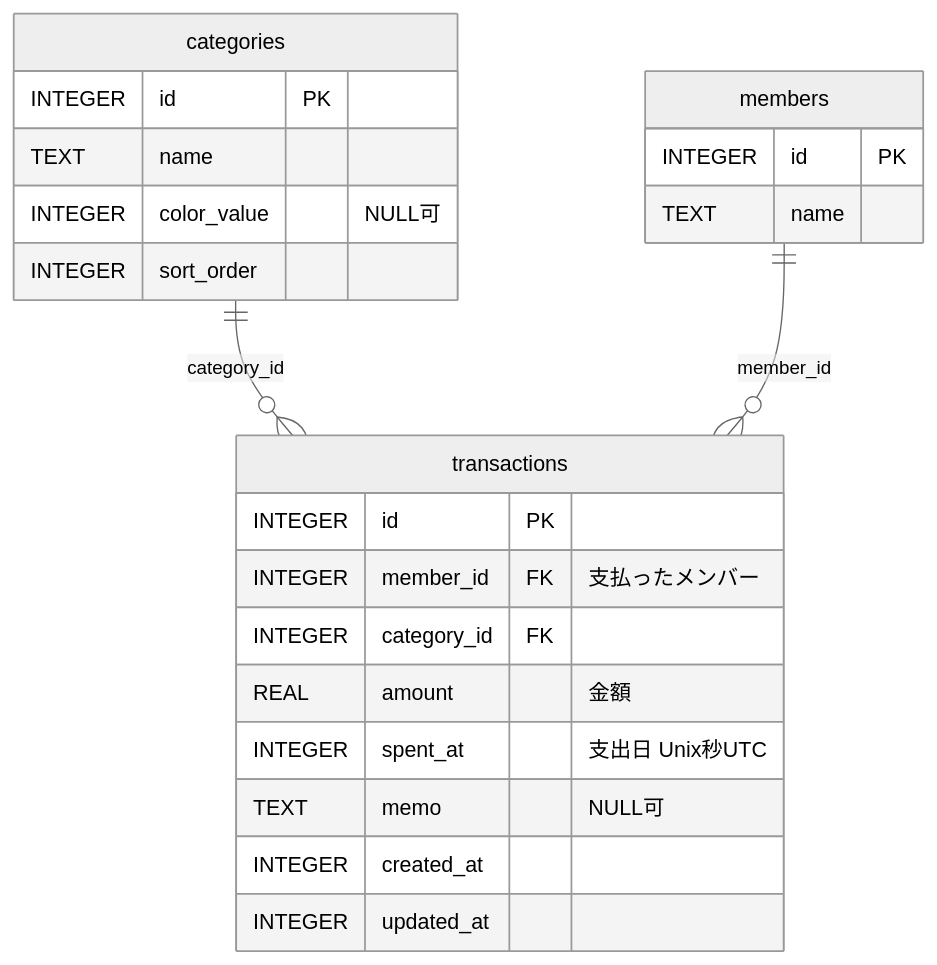
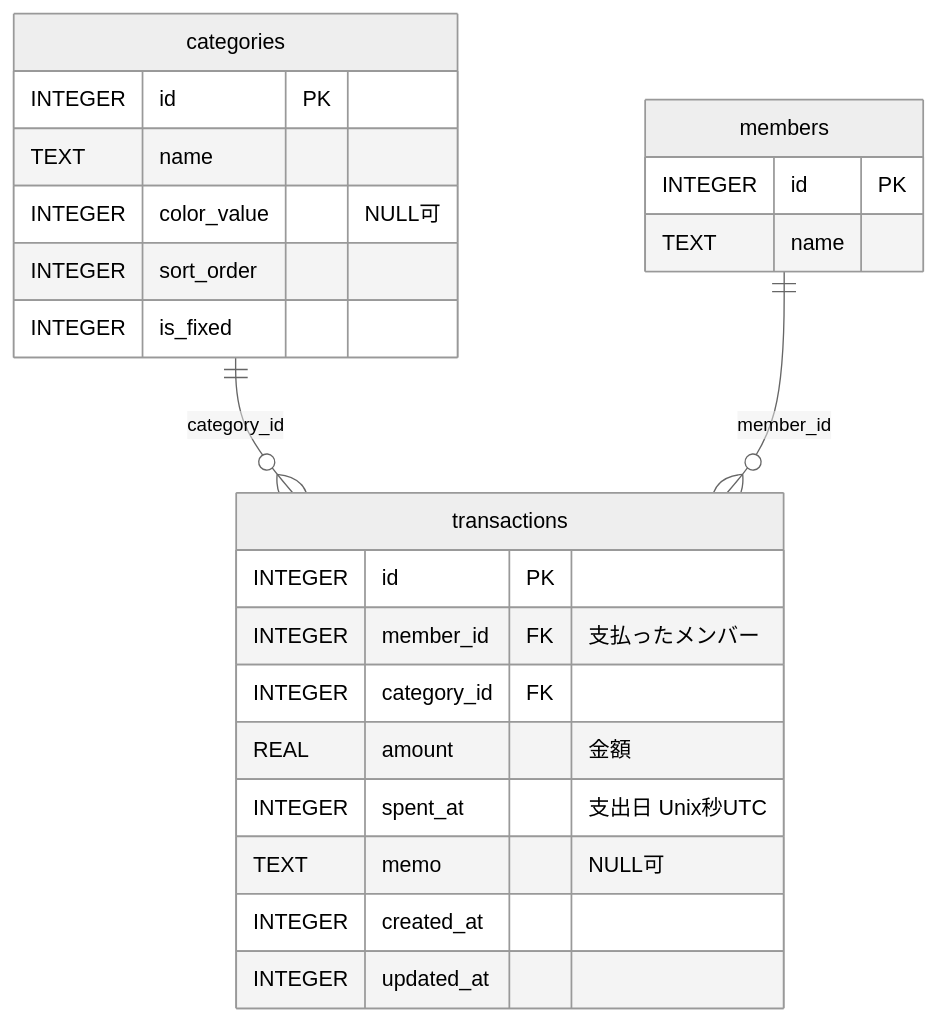
The diagram in docs/db-schema.md (t1a2i3t4i5/LedgerCore), drawn with Mermaid (neutral theme) before and after one commit. The commit also changed other lines of this file and 19 other files, not shown here.

````diff
--- a/docs/db-schema.md
+++ b/docs/db-schema.md
@@ -18,28 +18,29 @@
 ```mermaid
 erDiagram
     categories ||--o{ transactions : "category_id"
     members    ||--o{ transactions : "member_id"
 
     categories {
         INTEGER id PK
         TEXT name
         INTEGER color_value "NULL可"
         INTEGER sort_order
+        INTEGER is_fixed
     }
 
     members {
         INTEGER id PK
         TEXT name
     }
 
     transactions {
         INTEGER id PK
         INTEGER member_id FK "支払ったメンバー"
         INTEGER category_id FK
         REAL amount "金額"
         INTEGER spent_at "支出日 Unix秒UTC"
         TEXT memo "NULL可"
         INTEGER created_at
         INTEGER updated_at
     }
 ```
````
